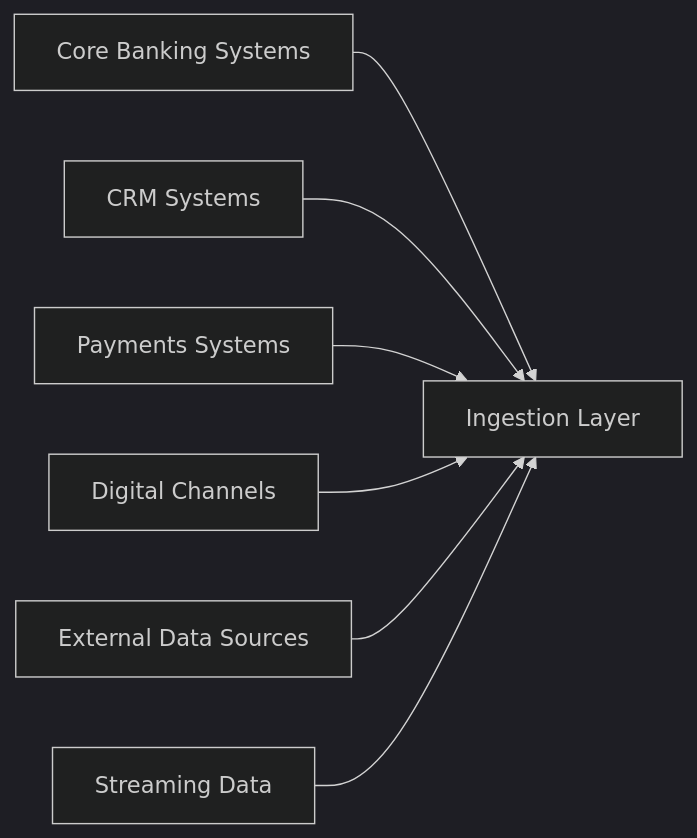
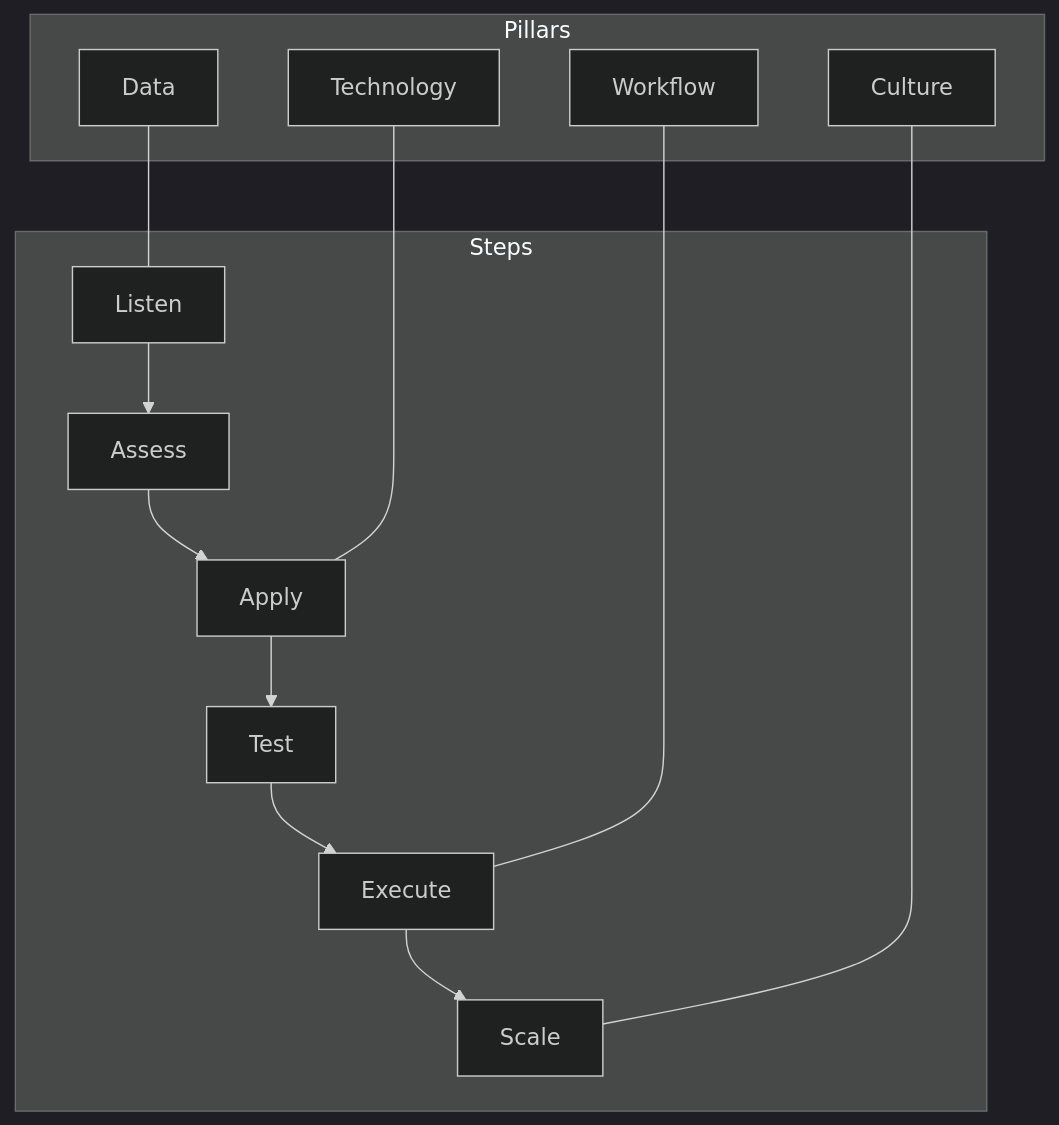
One commit to hovhannisyan91/ashb changed the second of 4 diagrams in index.qmd. Above: the diagram before and after it, drawn with Mermaid (dark theme). The commit also changed other lines of this file and 3 other files, not shown here.

````diff
--- a/index.qmd
+++ b/index.qmd
@@ -95,10 +168,26 @@
 ```{mermaid}
-flowchart LR
+flowchart TB
 
-A1[Core Banking Systems] --> B[Ingestion Layer]
-A2[CRM Systems] --> B
-A3[Payments Systems] --> B
-A4[Digital Channels] --> B
-A5[External Data Sources] --> B
-A6[Streaming Data] --> B
+    subgraph Steps
+        A[Listen]
+        B[Assess]
+        C[Apply]
+        D[Test]
+        E[Execute]
+        F[Scale]
+    end
+
+    subgraph Pillars
+        P1[Data]
+        P2[Technology]
+        P3[Workflow]
+        P4[Culture]
+    end
+
+    A --> B --> C --> D --> E --> F
+
+    P1 --- A
+    P2 --- C
+    P3 --- E
+    P4 --- F
 ```
````
